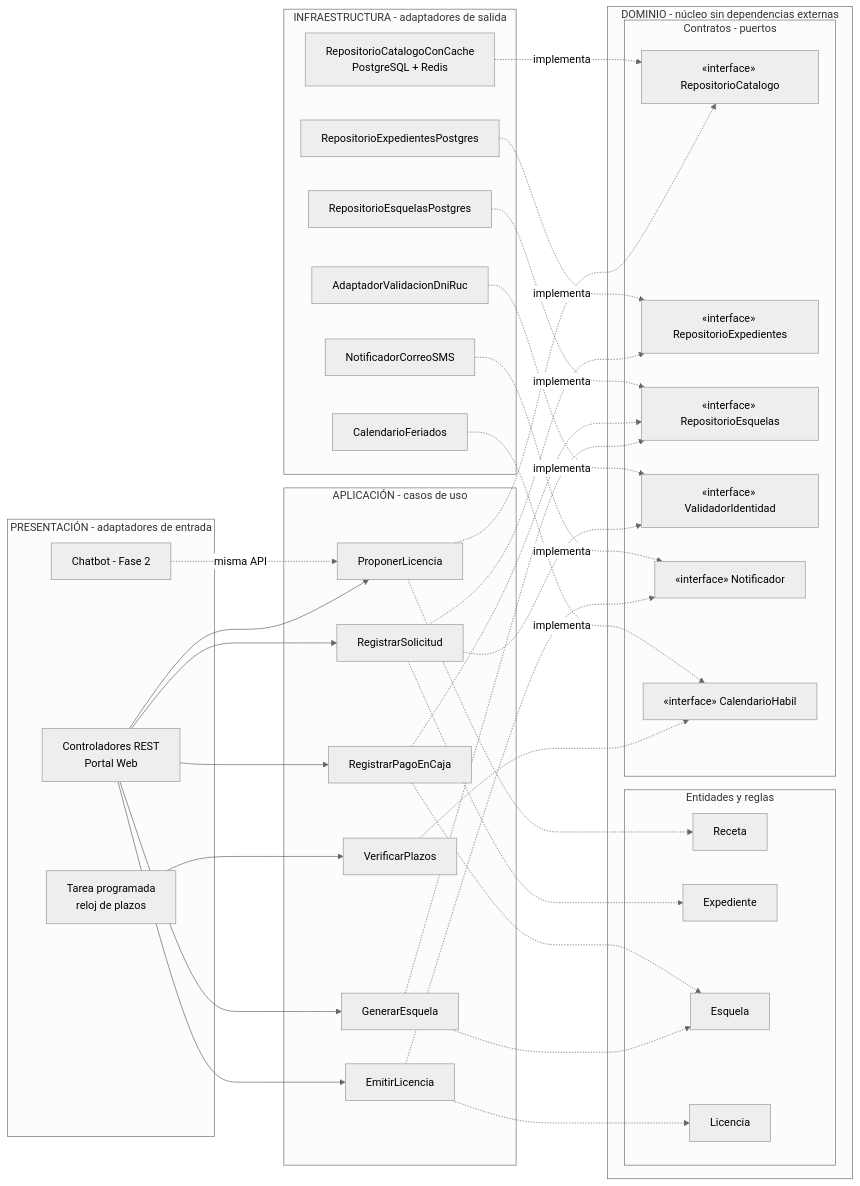
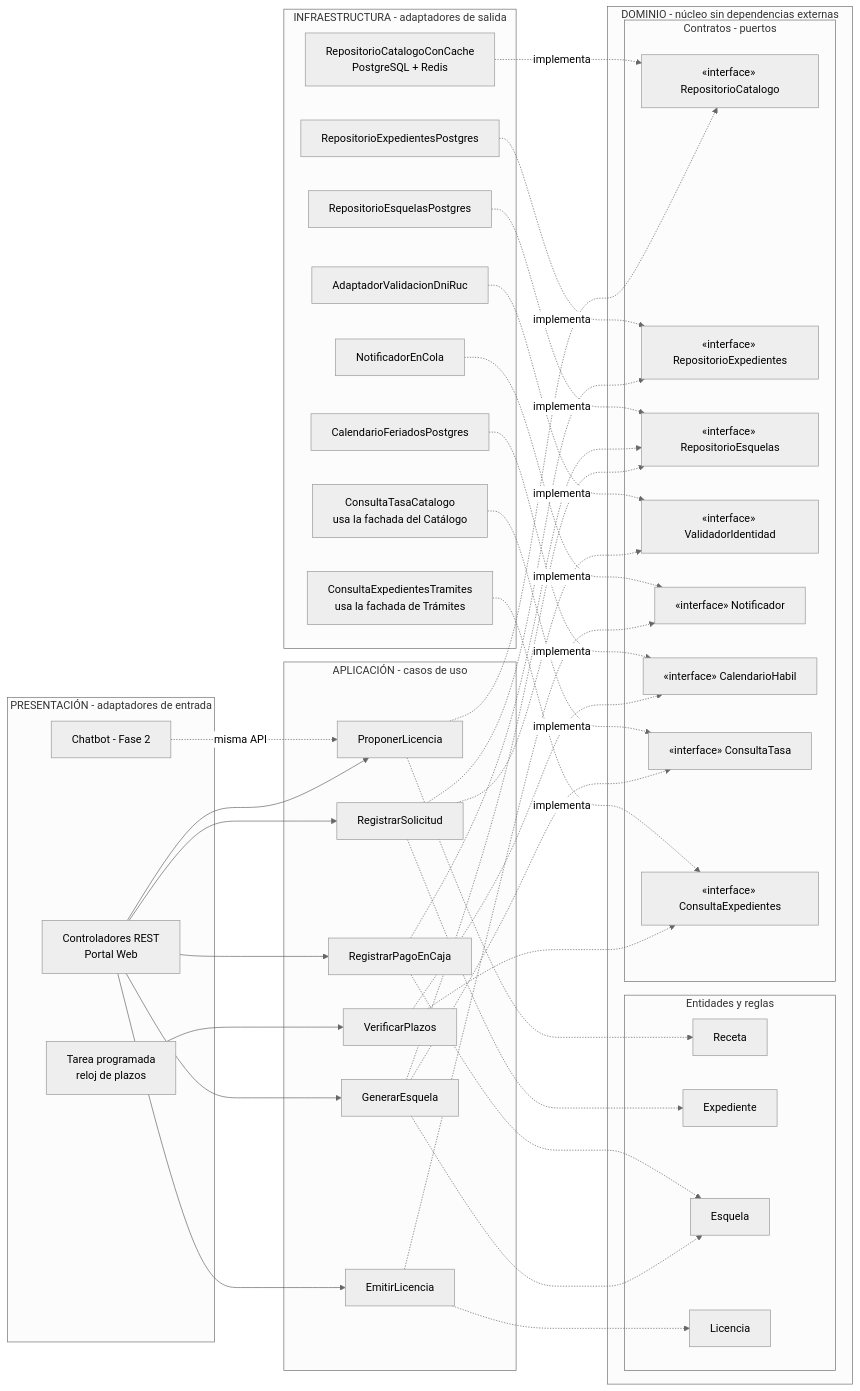
The diagram in docs/02-arquitectura-software/enfoque-arquitectonico.md (yeymyloson18/Licencias-Huanta-arquitSoft-JEIMY), drawn with Mermaid (neutral theme) before and after one commit. The commit also changed other lines of this file, not shown here.

Commit message:
docs: agregar contratos ConsultaTasa y ConsultaExpedientes al enfoque

````diff
--- a/docs/02-arquitectura-software/enfoque-arquitectonico.md
+++ b/docs/02-arquitectura-software/enfoque-arquitectonico.md
@@ -38,71 +39,79 @@
 ```mermaid
 flowchart LR
     subgraph ENTRADA["PRESENTACIÓN - adaptadores de entrada"]
         Ctrl["Controladores REST<br/>Portal Web"]
         Cron["Tarea programada<br/>reloj de plazos"]
         Bot["Chatbot - Fase 2"]
     end
 
     subgraph APP["APLICACIÓN - casos de uso"]
         U1["ProponerLicencia"]
         U2["RegistrarSolicitud"]
         U3["GenerarEsquela"]
         U4["RegistrarPagoEnCaja"]
         U5["EmitirLicencia"]
         U6["VerificarPlazos"]
     end
 
     subgraph DOM["DOMINIO - núcleo sin dependencias externas"]
         subgraph ENT["Entidades y reglas"]
             Receta["Receta"]
             Exp["Expediente"]
             Esq["Esquela"]
             Lic["Licencia"]
         end
         subgraph PUERTOS["Contratos - puertos"]
             P1["«interface» RepositorioCatalogo"]
             P2["«interface» RepositorioExpedientes"]
             P3["«interface» RepositorioEsquelas"]
             P4["«interface» ValidadorIdentidad"]
             P5["«interface» Notificador"]
             P6["«interface» CalendarioHabil"]
+            P7["«interface» ConsultaTasa"]
+            P8["«interface» ConsultaExpedientes"]
         end
     end
 
     subgraph INFRA["INFRAESTRUCTURA - adaptadores de salida"]
         A1["RepositorioCatalogoConCache<br/>PostgreSQL + Redis"]
         A2["RepositorioExpedientesPostgres"]
         A3["RepositorioEsquelasPostgres"]
         A4["AdaptadorValidacionDniRuc"]
-        A5["NotificadorCorreoSMS"]
-        A6["CalendarioFeriados"]
+        A5["NotificadorEnCola"]
+        A6["CalendarioFeriadosPostgres"]
+        A7["ConsultaTasaCatalogo<br/>usa la fachada del Catálogo"]
+        A8["ConsultaExpedientesTramites<br/>usa la fachada de Trámites"]
     end
 
     Ctrl --> U1
     Ctrl --> U2
     Ctrl --> U3
     Ctrl --> U4
     Ctrl --> U5
     Cron --> U6
     Bot -.->|"misma API"| U1
 
     U1 -.-> Receta
     U2 -.-> Exp
     U3 -.-> Esq
     U4 -.-> Esq
     U5 -.-> Lic
     U1 -.-> P1
     U2 -.-> P2
     U2 -.-> P4
     U3 -.-> P3
+    U3 -.-> P7
     U4 -.-> P3
     U5 -.-> P5
     U6 -.-> P6
+    U6 -.-> P8
 
     A1 -.->|"implementa"| P1
     A2 -.->|"implementa"| P2
     A3 -.->|"implementa"| P3
     A4 -.->|"implementa"| P4
     A5 -.->|"implementa"| P5
     A6 -.->|"implementa"| P6
+    A7 -.->|"implementa"| P7
+    A8 -.->|"implementa"| P8
 ```
````
